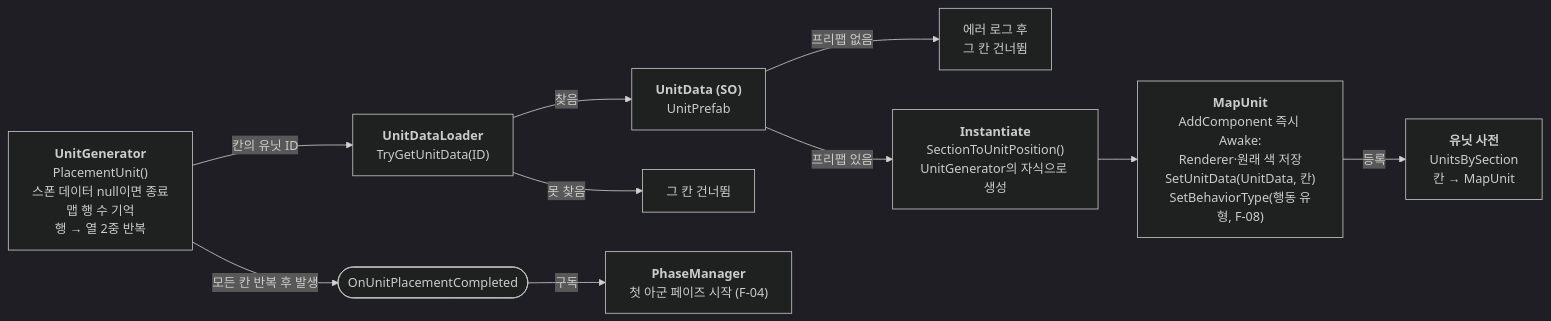
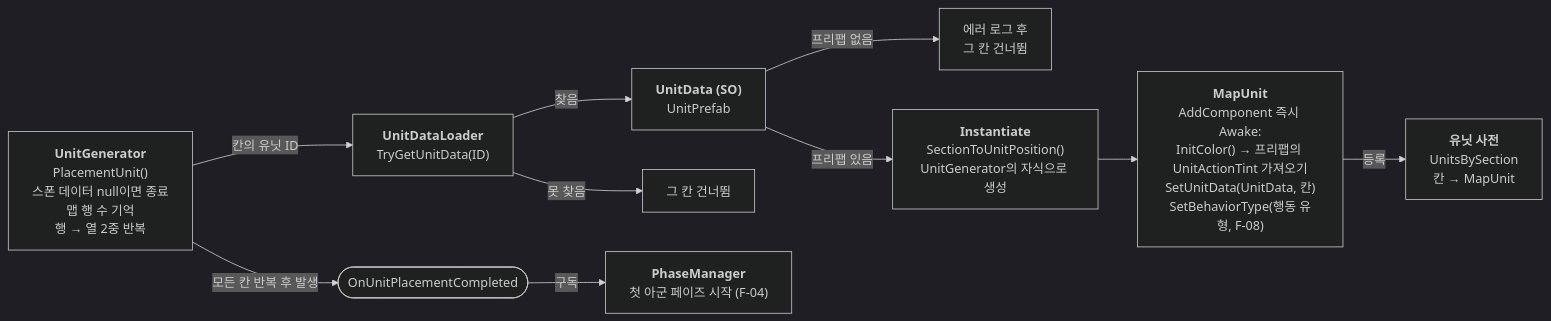
Before and after one commit to jayy5288sk/PersonalProject: the sixth of 36 diagrams in Docs/ImplementDocs/Diagram.md, drawn with Mermaid (dark theme). The commit also changed other lines of this file and 3 other files, not shown here.

Commit message:
[Docs] 남은 기술문서 작성 및 다이어그램 갱신

````diff
--- a/Docs/ImplementDocs/Diagram.md
+++ b/Docs/ImplementDocs/Diagram.md
@@ -151,23 +155,23 @@
 ```mermaid
 flowchart LR
     Gen["<b>UnitGenerator</b><br/>PlacementUnit()<br/>스폰 데이터 null이면 종료<br/>맵 행 수 기억<br/>행 → 열 2중 반복"]
     Unit["<b>UnitDataLoader</b><br/>TryGetUnitData(ID)"]
     SO["<b>UnitData (SO)</b><br/>UnitPrefab"]
     Skip["그 칸 건너뜀"]
     Err["에러 로그 후<br/>그 칸 건너뜀"]
     Spawn["<b>Instantiate</b><br/>SectionToUnitPosition()<br/>UnitGenerator의 자식으로 생성"]
-    MU["<b>MapUnit</b><br/>AddComponent 즉시 Awake:<br/>Renderer·원래 색 저장<br/>SetUnitData(UnitData, 칸)<br/>SetBehaviorType(행동 유형, F-08)"]
+    MU["<b>MapUnit</b><br/>AddComponent 즉시 Awake:<br/>InitColor() → 프리팹의 UnitActionTint 가져오기<br/>SetUnitData(UnitData, 칸)<br/>SetBehaviorType(행동 유형, F-08)"]
     Dict["<b>유닛 사전</b><br/>UnitsBySection<br/>칸 → MapUnit"]
     Done(["OnUnitPlacementCompleted"])
     Phase["<b>PhaseManager</b><br/>첫 아군 페이즈 시작 (F-04)"]
 
     Gen -->|칸의 유닛 ID| Unit
     Unit -->|찾음| SO
     Unit -->|못 찾음| Skip
     SO -->|프리팹 있음| Spawn
     SO -->|프리팹 없음| Err
     Spawn --> MU
     MU -->|등록| Dict
     Gen -->|모든 칸 반복 후 발생| Done
     Done -->|구독| Phase
 ```
````
